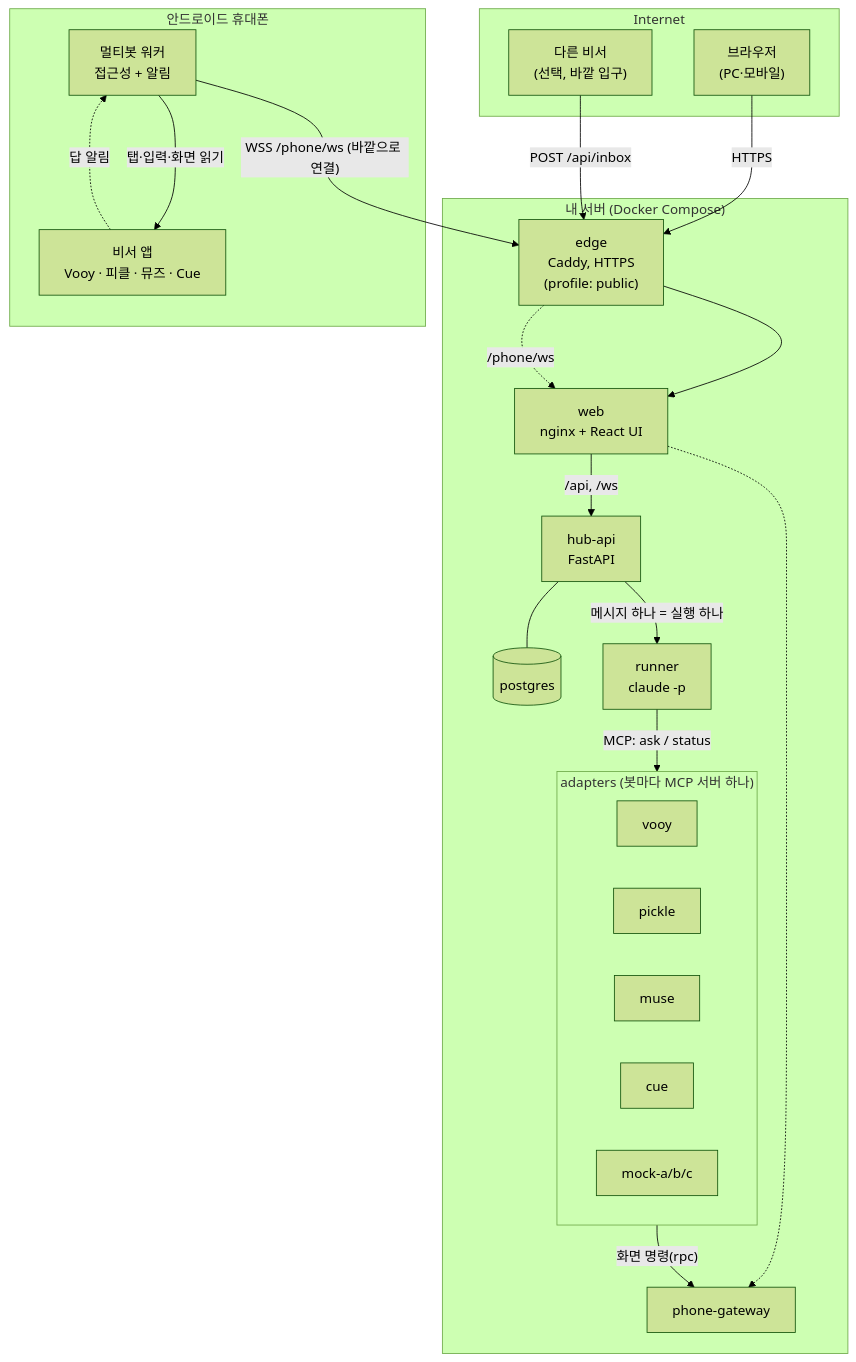
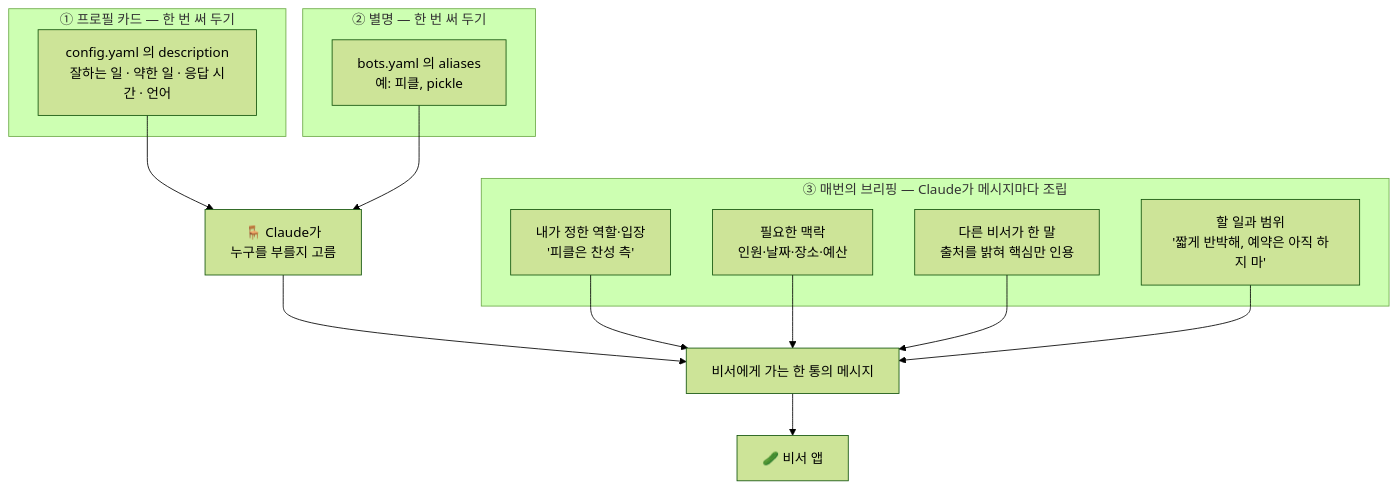
Before and after one commit to bluelikeness/roundtable-agent: the third of 7 diagrams in README.ko.md, drawn with Mermaid (forest theme). The commit also changed other lines of this file and 56 other files, not shown here.

````diff
--- a/README.ko.md
+++ b/README.ko.md
@@ -16,37 +101,20 @@
 ```mermaid
 flowchart TB
-  subgraph Internet
-    B["브라우저<br/>(PC·모바일)"]
-    X["다른 비서<br/>(선택, 바깥 입구)"]
+  subgraph L1["① 프로필 카드 — 한 번 써 두기"]
+    D["config.yaml 의 description<br/>잘하는 일 · 약한 일 · 응답 시간 · 언어"]
   end
-  subgraph Host["내 서버 (Docker Compose)"]
-    E["edge<br/>Caddy, HTTPS<br/>(profile: public)"]
-    W["web<br/>nginx + React UI"]
-    H["hub-api<br/>FastAPI"]
-    DB[("postgres")]
-    R["runner<br/>claude -p"]
-    subgraph AD["adapters (봇마다 MCP 서버 하나)"]
-      A1["vooy"]
-      A2["pickle"]
-      A3["muse"]
-      A4["cue"]
-      M["mock-a/b/c"]
-    end
-    G["phone-gateway"]
+  subgraph L2["② 별명 — 한 번 써 두기"]
+    A["bots.yaml 의 aliases<br/>예: 피클, pickle"]
   end
-  subgraph Phone["안드로이드 휴대폰"]
-    WK["멀티봇 워커<br/>접근성 + 알림"]
-    APPS["비서 앱<br/>Vooy · 피클 · 뮤즈 · Cue"]
+  subgraph L3["③ 매번의 브리핑 — Claude가 메시지마다 조립"]
+    R["내가 정한 역할·입장<br/>'피클은 찬성 측'"]
+    X["필요한 맥락<br/>인원·날짜·장소·예산"]
+    O["다른 비서가 한 말<br/>출처를 밝혀 핵심만 인용"]
+    T["할 일과 범위<br/>'짧게 반박해, 예약은 아직 하지 마'"]
   end
-  B -->|HTTPS| E --> W
-  X -->|"POST /api/inbox"| E
-  W -->|"/api, /ws"| H
-  H --- DB
-  H -->|"메시지 하나 = 실행 하나"| R
-  R -->|"MCP: ask / status"| AD
-  AD -->|"화면 명령(rpc)"| G
-  WK -->|"WSS /phone/ws (바깥으로 연결)"| E
-  E -.->|"/phone/ws"| W -.-> G
-  WK -->|"탭·입력·화면 읽기"| APPS
-  APPS -.->|"답 알림"| WK
+  D --> CH["🪑 Claude가<br/>누구를 부를지 고름"]
+  A --> CH
+  CH --> MSG["비서에게 가는 한 통의 메시지"]
+  R & X & O & T --> MSG
+  MSG --> BOT["🥒 비서 앱"]
 ```
````
